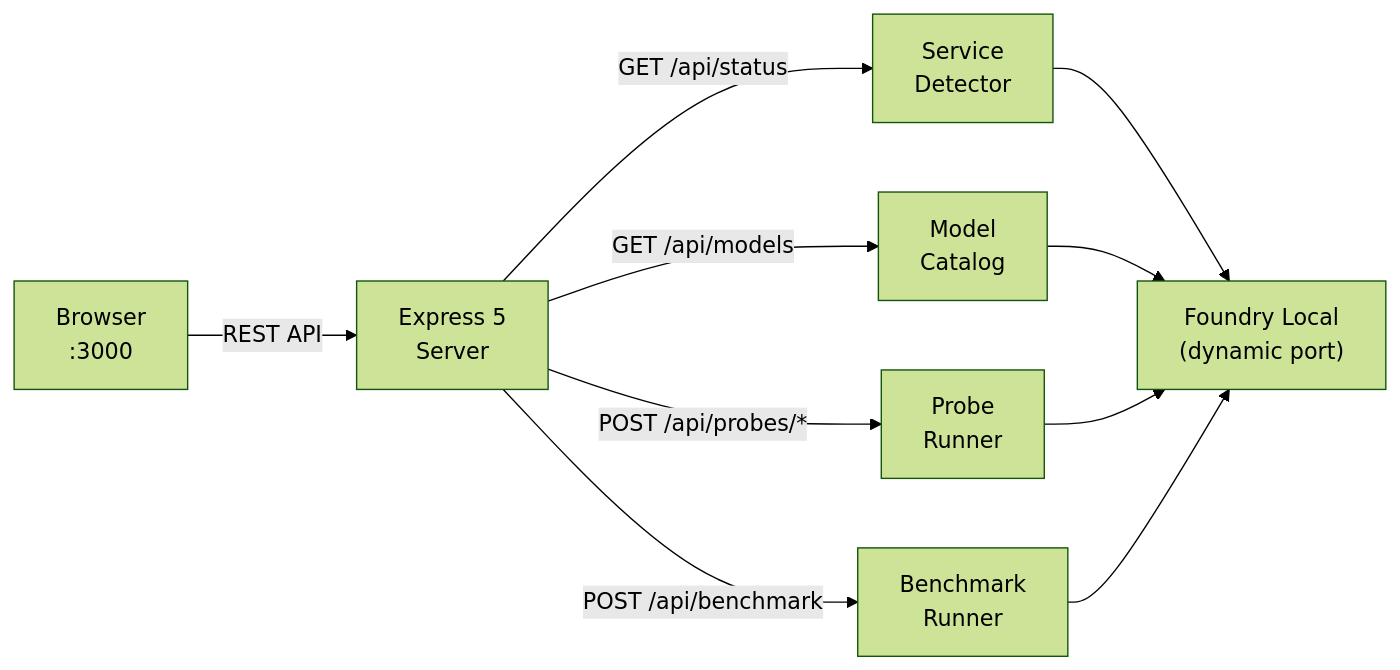
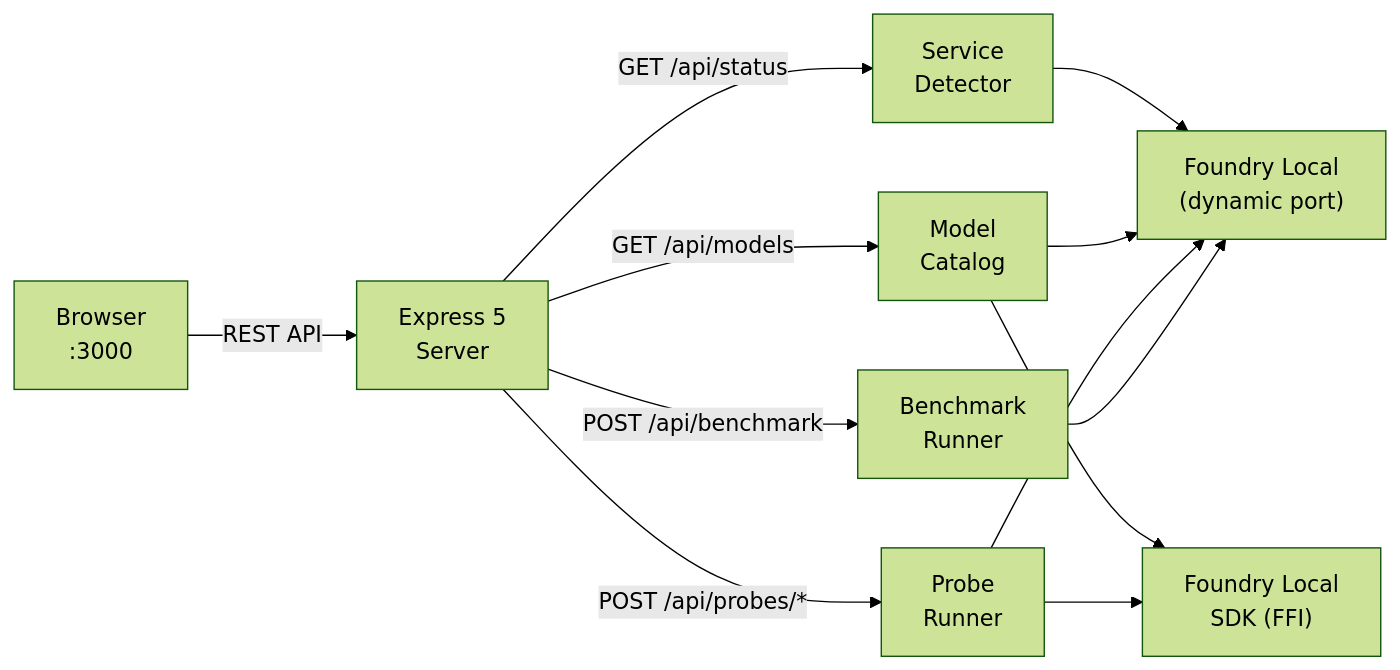
The fourth of 4 diagrams in README.md (leestott/streaming_demo_foundrylocal), drawn with Mermaid (forest theme) before and after one commit. The commit also changed other lines of this file and 18 other files, not shown here.

````diff
--- a/README.md
+++ b/README.md
@@ -468,12 +541,14 @@
 ```mermaid
 flowchart LR
     Browser["Browser<br>:3000"] -->|REST API| Express["Express 5<br>Server"]
     Express -->|GET /api/status| Detect["Service<br>Detector"]
     Express -->|GET /api/models| Catalog["Model<br>Catalog"]
     Express -->|POST /api/probes/*| Probes["Probe<br>Runner"]
     Express -->|POST /api/benchmark| Bench["Benchmark<br>Runner"]
     Detect --> FL["Foundry Local<br>(dynamic port)"]
     Catalog --> FL
+    Catalog --> SDK["Foundry Local<br>SDK (FFI)"]
     Probes --> FL
+    Probes --> SDK
     Bench --> FL
 ```
````
